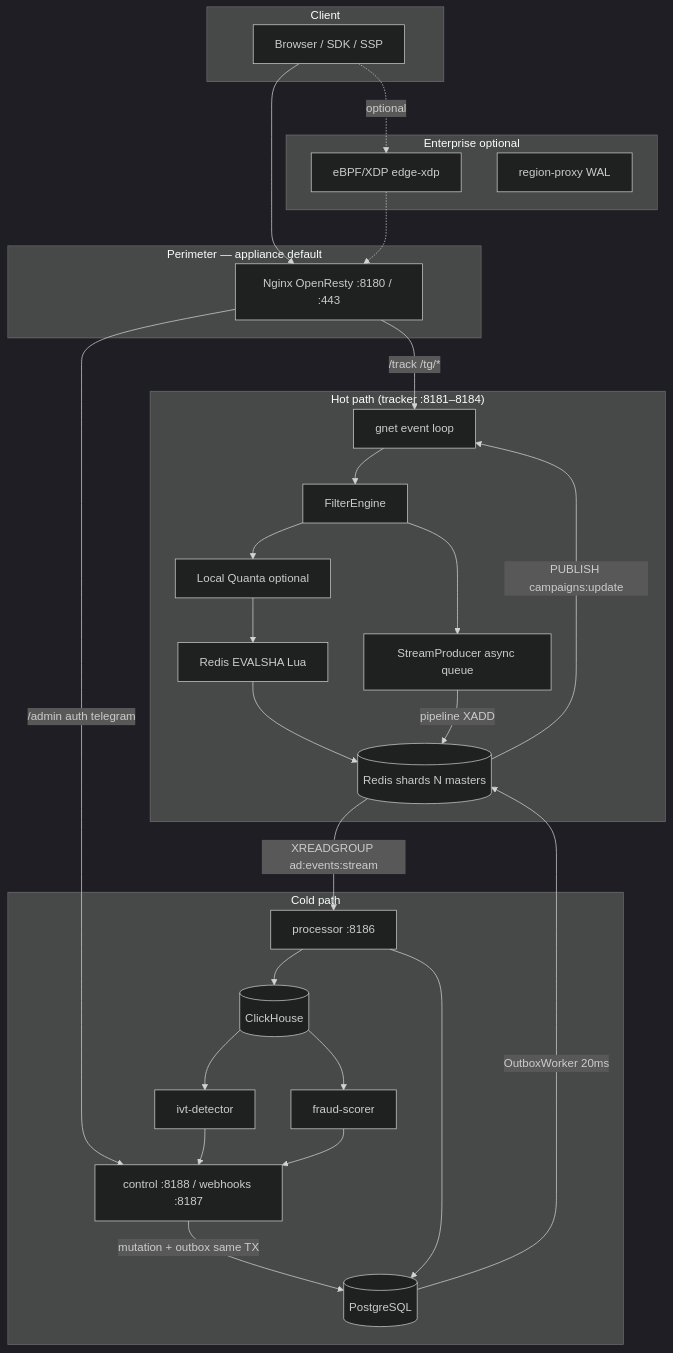
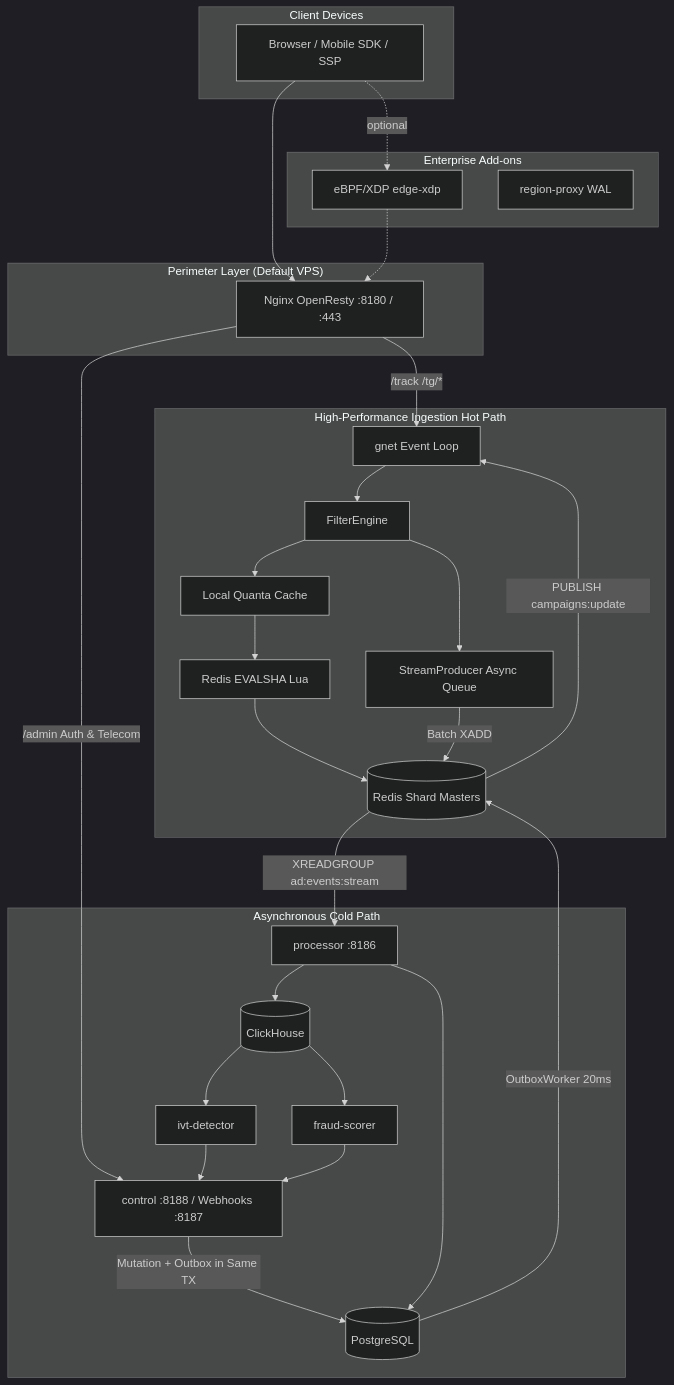
One commit to mykhailov-ua/ad-event-processor changed the diagram in docs/ARCHITECTURE.md. Above: the diagram before and after it, drawn with Mermaid (dark theme). The commit also changed other lines of this file and 734 other files, not shown here.

````diff
--- a/docs/ARCHITECTURE.md
+++ b/docs/ARCHITECTURE.md
@@ -47,46 +48,46 @@
 ```mermaid
 flowchart TB
-    subgraph Client
-        C[Browser / SDK / SSP]
+    subgraph Client ["Client Devices"]
+        C[Browser / Mobile SDK / SSP]
     end
-    subgraph Perimeter["Perimeter — appliance default"]
+    subgraph Perimeter ["Perimeter Layer (Default VPS)"]
         NGX[Nginx OpenResty :8180 / :443]
     end
-    subgraph EnterpriseOpt["Enterprise optional"]
+    subgraph EnterpriseOpt ["Enterprise Add-ons"]
         XDP[eBPF/XDP edge-xdp]
         RP[region-proxy WAL]
     end
-    subgraph HotPath["Hot path (tracker :8181–8184)"]
-        GNET[gnet event loop]
+    subgraph HotPath ["High-Performance Ingestion Hot Path"]
+        GNET[gnet Event Loop]
         FE[FilterEngine]
         LUA[Redis EVALSHA Lua]
-        LQ[Local Quanta optional]
-        SP[StreamProducer async queue]
-        RS[(Redis shards N masters)]
+        LQ[Local Quanta Cache]
+        SP[StreamProducer Async Queue]
+        RS[(Redis Shard Masters)]
     end
-    subgraph ColdPath["Cold path"]
-        CTRL[control :8188 / webhooks :8187]
+    subgraph ColdPath ["Asynchronous Cold Path"]
+        CTRL[control :8188 / Webhooks :8187]
         PG[(PostgreSQL)]
         PROC[processor :8186]
         CH[(ClickHouse)]
         IVT[ivt-detector]
         FS[fraud-scorer]
     end
     C --> NGX
     C -. optional .-> XDP
     XDP -.-> NGX
     NGX -->|/track /tg/*| GNET
-    NGX -->|/admin auth telegram| CTRL
+    NGX -->|/admin Auth & Telecom| CTRL
     GNET --> FE --> LQ --> LUA --> RS
-    FE --> SP -->|pipeline XADD| RS
-    CTRL -->|mutation + outbox same TX| PG
+    FE --> SP -->|Batch XADD| RS
+    CTRL -->|Mutation + Outbox in Same TX| PG
     PG -->|OutboxWorker 20ms| RS
     RS -->|PUBLISH campaigns:update| GNET
     RS -->|XREADGROUP ad:events:stream| PROC
     PROC --> PG
     PROC --> CH
     CH --> IVT
     CH --> FS
     IVT --> CTRL
     FS --> CTRL
 ```
````
